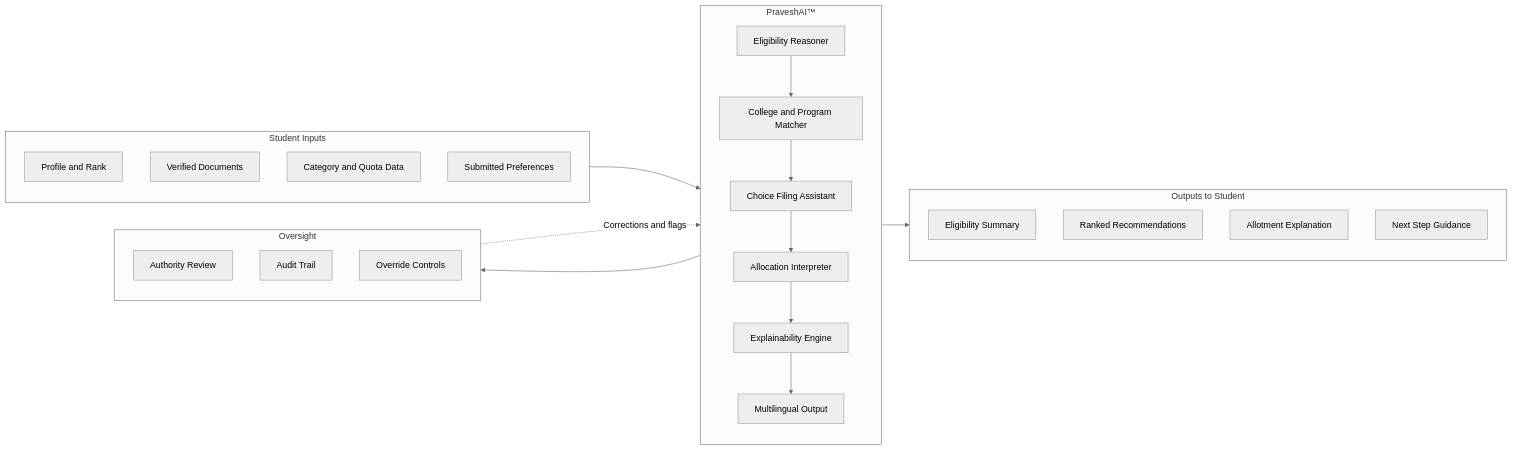
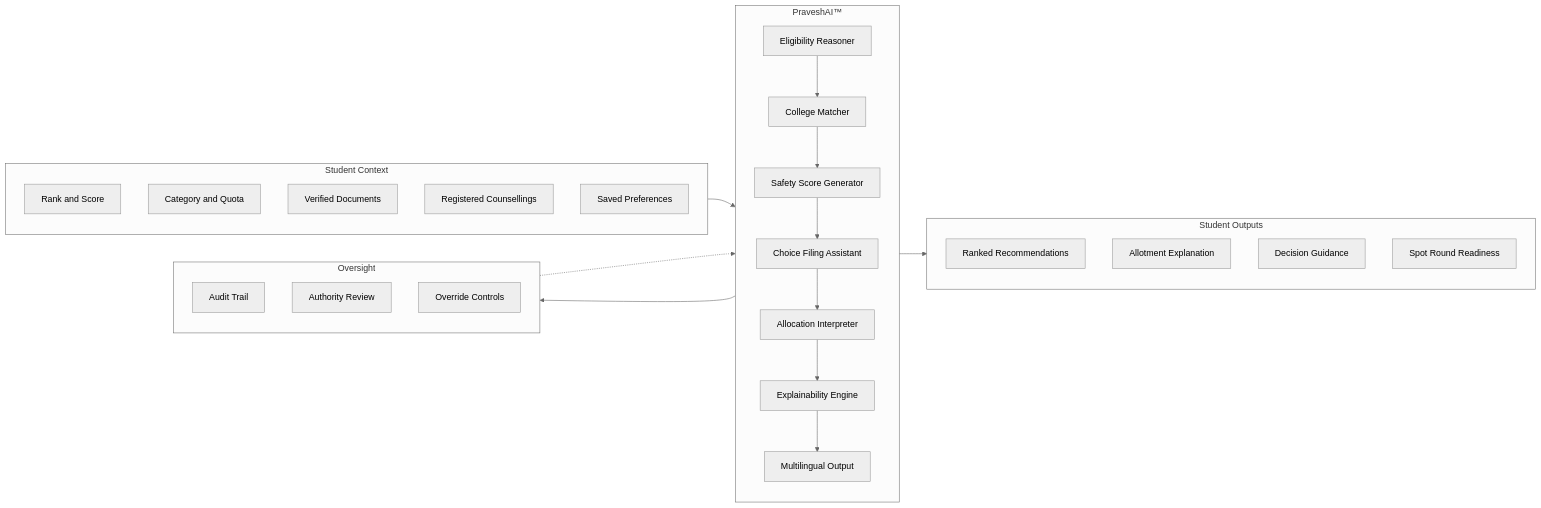
Before and after one commit to aashrutsharma2/docs: the second of 2 diagrams in foundation.mdx, drawn with Mermaid (neutral theme). The commit also changed other lines of this file and 1 other file, not shown here.

````diff
--- a/foundation.mdx
+++ b/foundation.mdx
@@ -117,35 +151,36 @@
 ```mermaid
 flowchart LR
-    subgraph IN ["Student Inputs"]
-        I1[Profile and Rank]
-        I2[Verified Documents]
-        I3[Category and Quota Data]
-        I4[Submitted Preferences]
+    subgraph IN ["Student Context"]
+        I1[Rank and Score]
+        I2[Category and Quota]
+        I3[Verified Documents]
+        I4[Registered Counsellings]
+        I5[Saved Preferences]
     end
 
     subgraph PA ["PraveshAI™"]
-        P1[Eligibility Reasoner] --> P2[College and Program Matcher]
-        P2 --> P3[Choice Filing Assistant]
-        P3 --> P4[Allocation Interpreter]
-        P4 --> P5[Explainability Engine]
-        P5 --> P6[Multilingual Output]
+        P1[Eligibility Reasoner] --> P2[College Matcher]
+        P2 --> P3[Safety Score Generator]
+        P3 --> P4[Choice Filing Assistant]
+        P4 --> P5[Allocation Interpreter]
+        P5 --> P6[Explainability Engine]
+        P6 --> P7[Multilingual Output]
     end
 
-    subgraph OUT ["Outputs to Student"]
-        O1[Eligibility Summary]
-        O2[Ranked Recommendations]
-        O3[Allotment Explanation]
-        O4[Next Step Guidance]
+    subgraph OUT ["Student Outputs"]
+        O1[Ranked Recommendations]
+        O2[Allotment Explanation]
+        O3[Decision Guidance]
+        O4[Spot Round Readiness]
     end
 
     subgraph OV ["Oversight"]
-        H1[Authority Review]
-        H2[Audit Trail]
+        H1[Audit Trail]
+        H2[Authority Review]
         H3[Override Controls]
     end
 
-    IN --> PA
-    PA --> OUT
+    IN --> PA --> OUT
     PA --> OV
-    OV -.->|Corrections and flags| PA
+    OV -.-> PA
 ```
````
